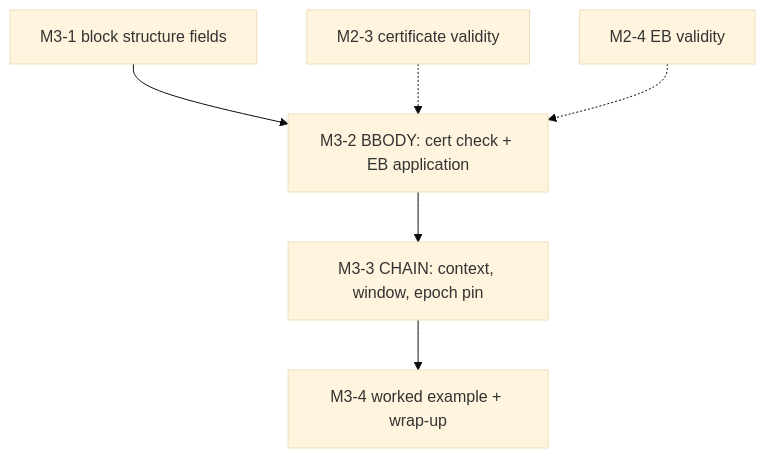
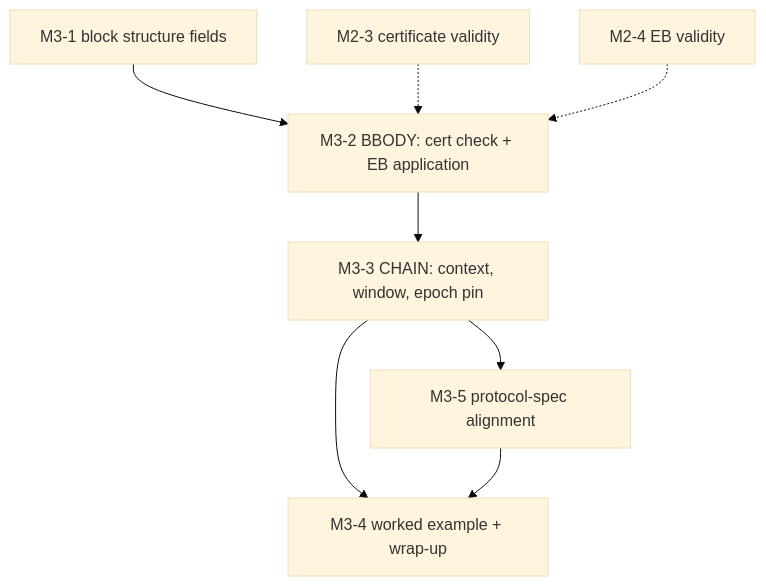
One commit to williamdemeo/formal-ledger-specifications changed the third of 4 diagrams in docs/GITHUB_PROJECT_6WEEK.md. Above: the diagram before and after it, drawn with Mermaid (base theme). The commit also changed other lines of this file, not shown here.

````diff
--- a/docs/GITHUB_PROJECT_6WEEK.md
+++ b/docs/GITHUB_PROJECT_6WEEK.md
@@ -194,11 +202,13 @@
 ```mermaid
 graph TD
   M2_3["M2-3 certificate validity"]
   M2_4["M2-4 EB validity"]
   M3_1["M3-1 block structure fields"]
   M3_2["M3-2 BBODY: cert check + EB application"]
   M3_3["M3-3 CHAIN: context, window, epoch pin"]
   M3_4["M3-4 worked example + wrap-up"]
+  M3_5["M3-5 protocol-spec alignment"]
   M3_1 --> M3_2 --> M3_3 --> M3_4
+  M3_3 --> M3_5 --> M3_4
   M2_3 & M2_4 -.-> M3_2
 ```
````
